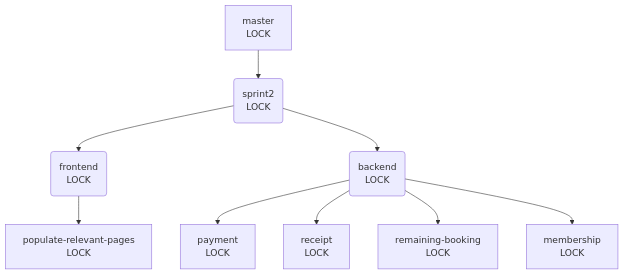
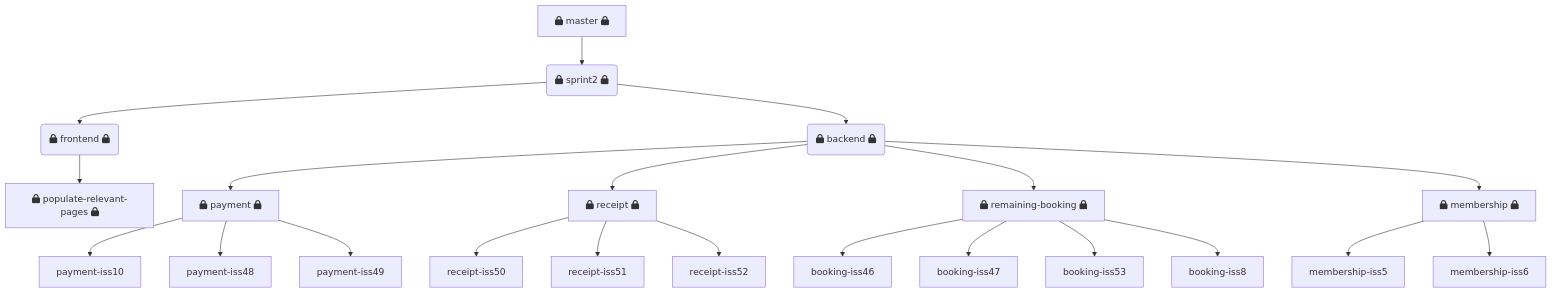
The diagram in Documentation/Git-Structure.md (jtarbard/Software-Engineering-Project-Wiki), drawn with Mermaid before and after one commit. The commit also changed other lines of this file, not shown here.

Commit message:
Update Git Structure

````diff
--- a/Documentation/Git-Structure.md
+++ b/Documentation/Git-Structure.md
@@ -1,12 +2,28 @@
 ```mermaid
 graph TD
-  master[master <br> LOCK] --> sprint2(sprint2 <br> LOCK)
-  sprint2 --> frontend(frontend <br> LOCK)
-  sprint2 --> backend(backend <br> LOCK)
+  master[fa:fa-lock master fa:fa-lock] --> sprint2(fa:fa-lock sprint2 fa:fa-lock)
+  sprint2 --> frontend(fa:fa-lock frontend fa:fa-lock)
+  sprint2 --> backend(fa:fa-lock backend fa:fa-lock)
 
-  frontend --> populate[populate-relevant-pages <br> LOCK]
-  backend --> payment[payment <br> LOCK]
-  backend --> receipt[receipt <br> LOCK]
-  backend --> booking[remaining-booking <br> LOCK]
-  backend --> membership[membership <br> LOCK]
+  frontend --> populate[fa:fa-lock populate-relevant-pages fa:fa-lock]
+  backend --> payment[fa:fa-lock payment fa:fa-lock]
+  backend --> receipt[fa:fa-lock receipt fa:fa-lock]
+  backend --> booking[fa:fa-lock remaining-booking fa:fa-lock]
+  backend --> membership[fa:fa-lock membership fa:fa-lock]
+
+  booking --> booking-iss46
+  booking --> booking-iss47
+  booking --> booking-iss53
+  booking --> booking-iss8
+
+  payment --> payment-iss10
+  payment --> payment-iss48
+  payment --> payment-iss49
+  
+  receipt --> receipt-iss50
+  receipt --> receipt-iss51
+  receipt --> receipt-iss52
+  
+  membership --> membership-iss5
+  membership --> membership-iss6
 ```
````
